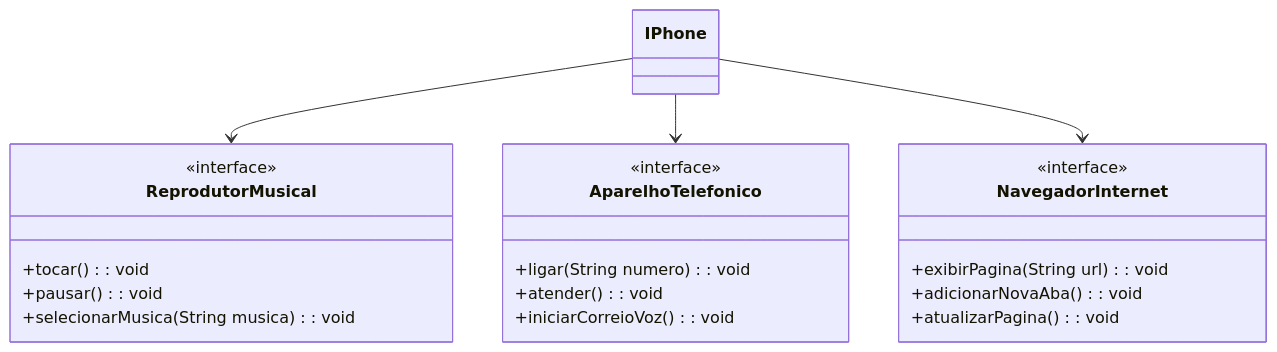
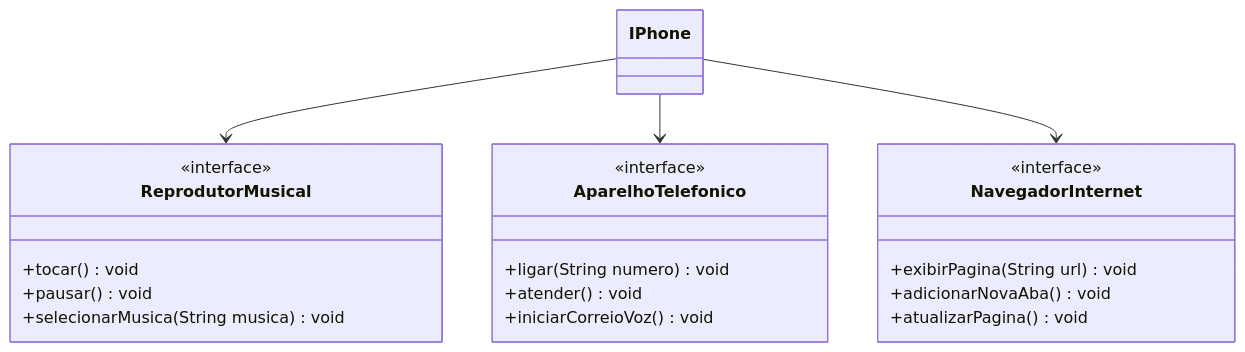
Before and after one commit to raimundo-oliveira/dio-desafio-projeto3: the diagram in README.md, drawn with Mermaid.

````diff
--- a/README.md
+++ b/README.md
@@ -2,30 +2,30 @@
 ```mermaid
 classDiagram
     class ReprodutorMusical {
         <<interface>>
-        +tocar() : void
-        +pausar() : void
-        +selecionarMusica(String musica) : void
+        +tocar()void
+        +pausar()void
+        +selecionarMusica(String musica)void
     }
 
     class AparelhoTelefonico {
         <<interface>>
-        +ligar(String numero) : void
-        +atender() : void
-        +iniciarCorreioVoz() : void
+        +ligar(String numero)void
+        +atender()void
+        +iniciarCorreioVoz()void
     }
 
     class NavegadorInternet {
         <<interface>>
-        +exibirPagina(String url) : void
-        +adicionarNovaAba() : void
-        +atualizarPagina() : void
+        +exibirPagina(String url)void
+        +adicionarNovaAba()void
+        +atualizarPagina()void
     }
 
     class IPhone {
     }
 
     IPhone --> ReprodutorMusical
     IPhone --> AparelhoTelefonico
     IPhone --> NavegadorInternet
 ```
````
